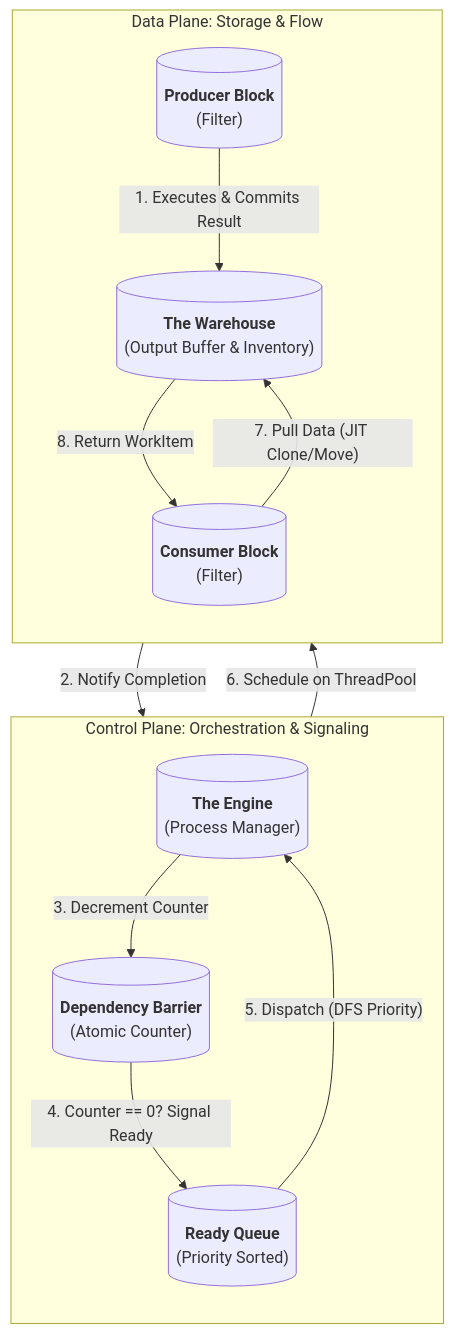
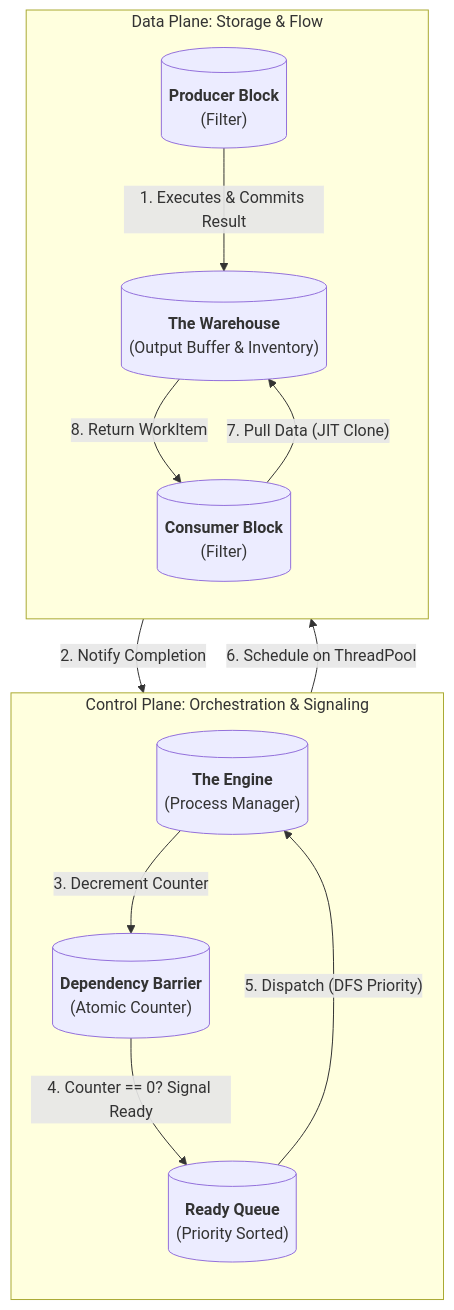
The first of 4 diagrams in docs/design/ExecutionEngine.md (IT007-2025-Nhom20/ImageAutomate), drawn with Mermaid before and after one commit. The commit also changed other lines of this file and 2 other files, not shown here.

First line of the commit message:
Warehouse enforeces end-to-end defensive cloning

````diff
--- a/docs/design/ExecutionEngine.md
+++ b/docs/design/ExecutionEngine.md
@@ -632,30 +635,30 @@
 ```mermaid
 flowchart TB
     subgraph Control_Plane [Control Plane: Orchestration & Signaling]
         direction TB
         Engine[("<b>The Engine</b><br/>(Process Manager)")]
         ReadyQ[("<b>Ready Queue</b><br/>(Priority Sorted)")]
         Barrier[("<b>Dependency Barrier</b><br/>(Atomic Counter)")]
     end
 
     subgraph Data_Plane [Data Plane: Storage & Flow]
         direction TB
         Producer[("<b>Producer Block</b><br/>(Filter)")]
         Warehouse[("<b>The Warehouse</b><br/>(Output Buffer & Inventory)")]
         Consumer[("<b>Consumer Block</b><br/>(Filter)")]
     end
 
     %% Execution Flow
     Producer -- "1. Executes & Commits Result" --> Warehouse
     Producer -- "2. Notify Completion" --> Engine
 
     %% Signaling Flow
     Engine -- "3. Decrement Counter" --> Barrier
     Barrier -- "4. Counter == 0? Signal Ready" --> ReadyQ
     ReadyQ -- "5. Dispatch (DFS Priority)" --> Engine
     Engine -- "6. Schedule on ThreadPool" --> Consumer
 
     %% Data Pull Flow
-    Consumer -- "7. Pull Data (JIT Clone/Move)" --> Warehouse
+    Consumer -- "7. Pull Data (JIT Clone)" --> Warehouse
     Warehouse -- "8. Return WorkItem" --> Consumer
 ```
````
